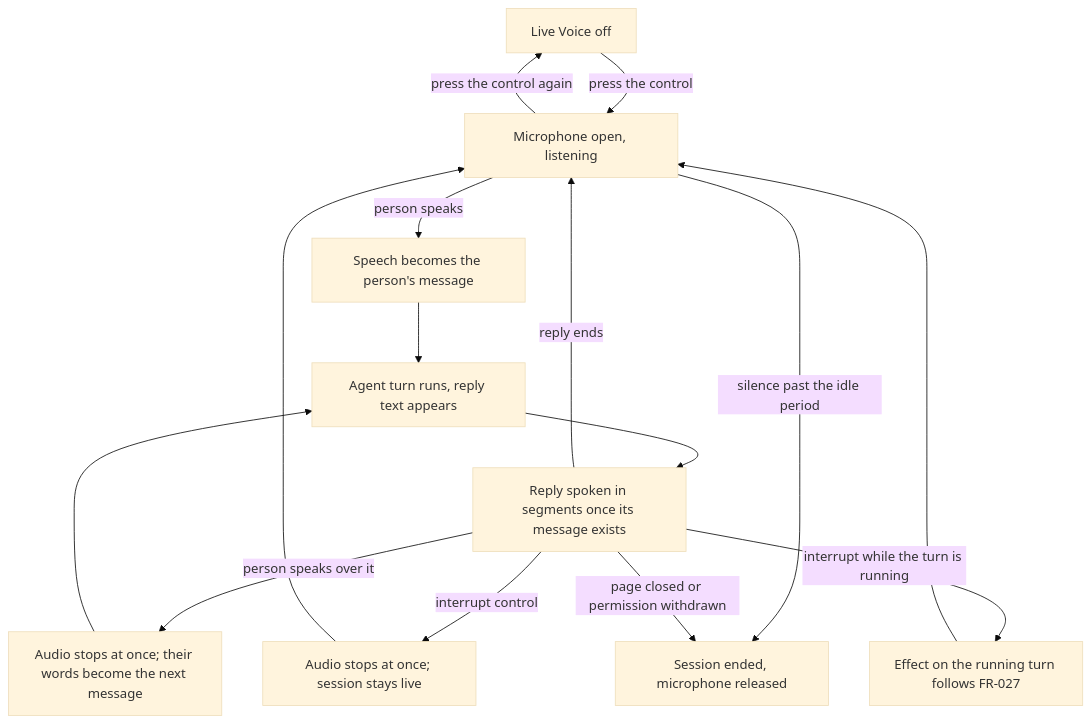
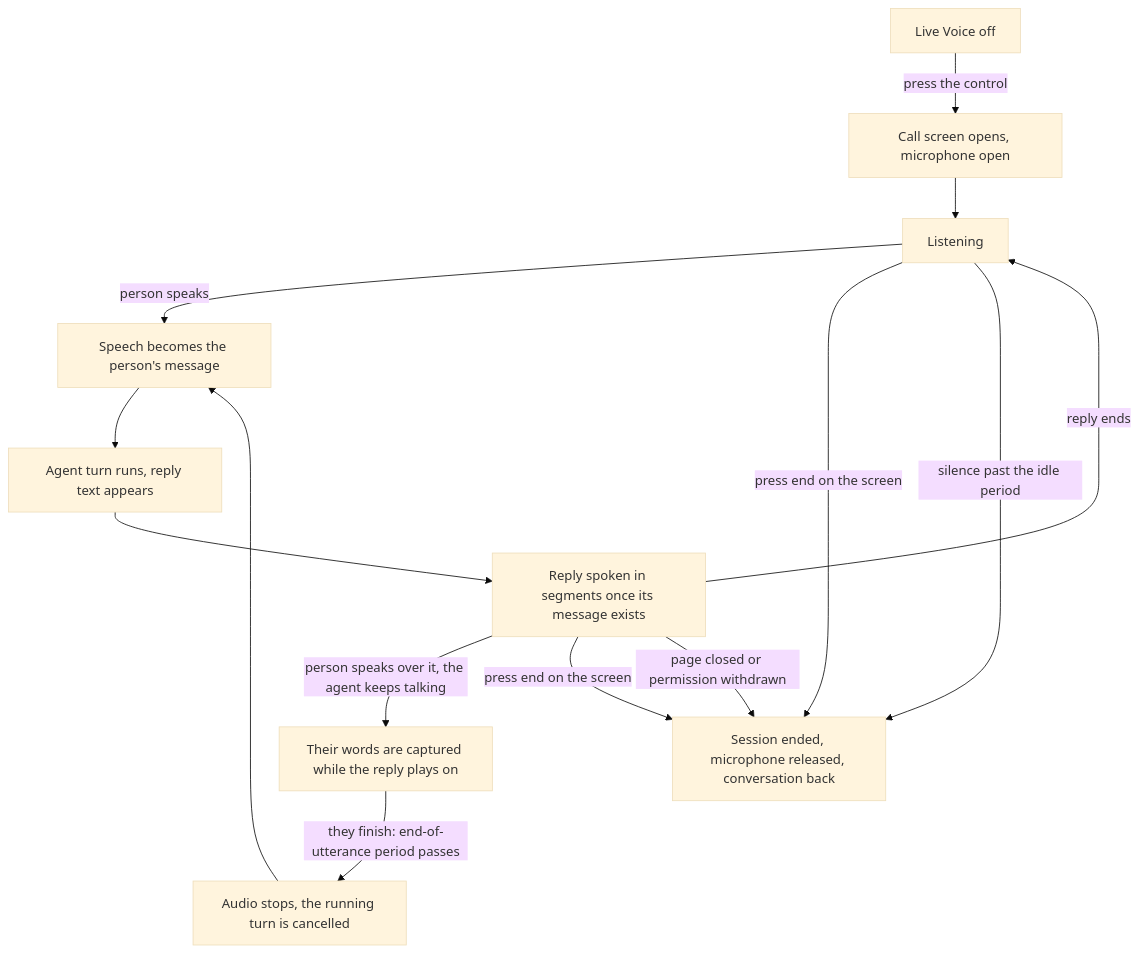
The diagram in specs/055-live-voice/spec.md (vizier-lab/vizier), drawn with Mermaid (base theme) before and after one commit. The commit also changed other lines of this file and 5 other files, not shown here.

First line of the commit message:
docs(055): the call is a screen, the button is backlog, and barge-in waits for the end of speech

````diff
--- a/specs/055-live-voice/spec.md
+++ b/specs/055-live-voice/spec.md
@@ -145,17 +200,16 @@
 ```mermaid
 flowchart TD
-    off["Live Voice off"] -->|"press the control"| listen["Microphone open, listening"]
+    off["Live Voice off"] -->|"press the control"| screen["Call screen opens, microphone open"]
+    screen --> listen["Listening"]
     listen -->|"person speaks"| transc["Speech becomes the person's message"]
     transc --> turn["Agent turn runs, reply text appears"]
     turn --> speak["Reply spoken in segments once its message exists"]
     speak -->|"reply ends"| listen
-    speak -->|"person speaks over it"| barge["Audio stops at once; their words become the next message"]
-    barge --> turn
-    speak -->|"interrupt control"| stop["Audio stops at once; session stays live"]
-    stop --> listen
-    speak -->|"interrupt while the turn is running"| running["Effect on the running turn follows FR-027"]
-    running --> listen
-    listen -->|"press the control again"| off
-    listen -->|"silence past the idle period"| ended["Session ended, microphone released"]
+    speak -->|"person speaks over it, the agent keeps talking"| talkover["Their words are captured while the reply plays on"]
+    talkover -->|"they finish: end-of-utterance period passes"| barge["Audio stops, the running turn is cancelled"]
+    barge --> transc
+    listen -->|"press end on the screen"| ended["Session ended, microphone released, conversation back"]
+    speak -->|"press end on the screen"| ended
+    listen -->|"silence past the idle period"| ended
     speak -->|"page closed or permission withdrawn"| ended
 ```
````
